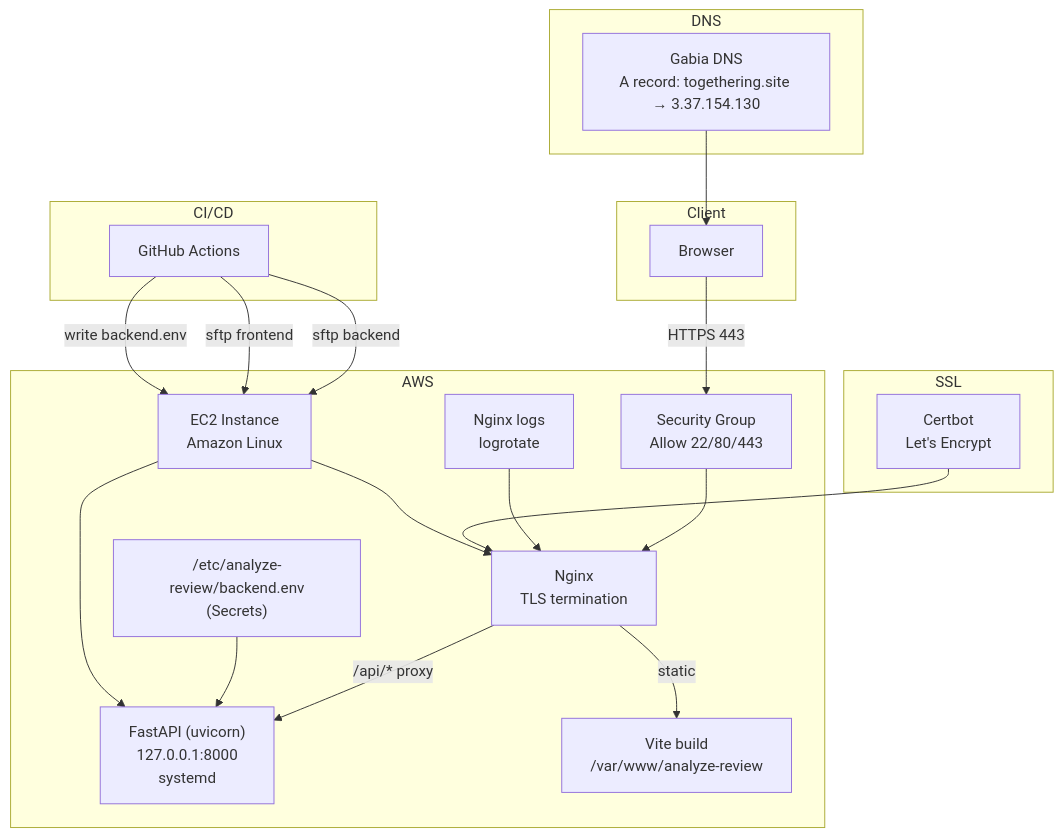
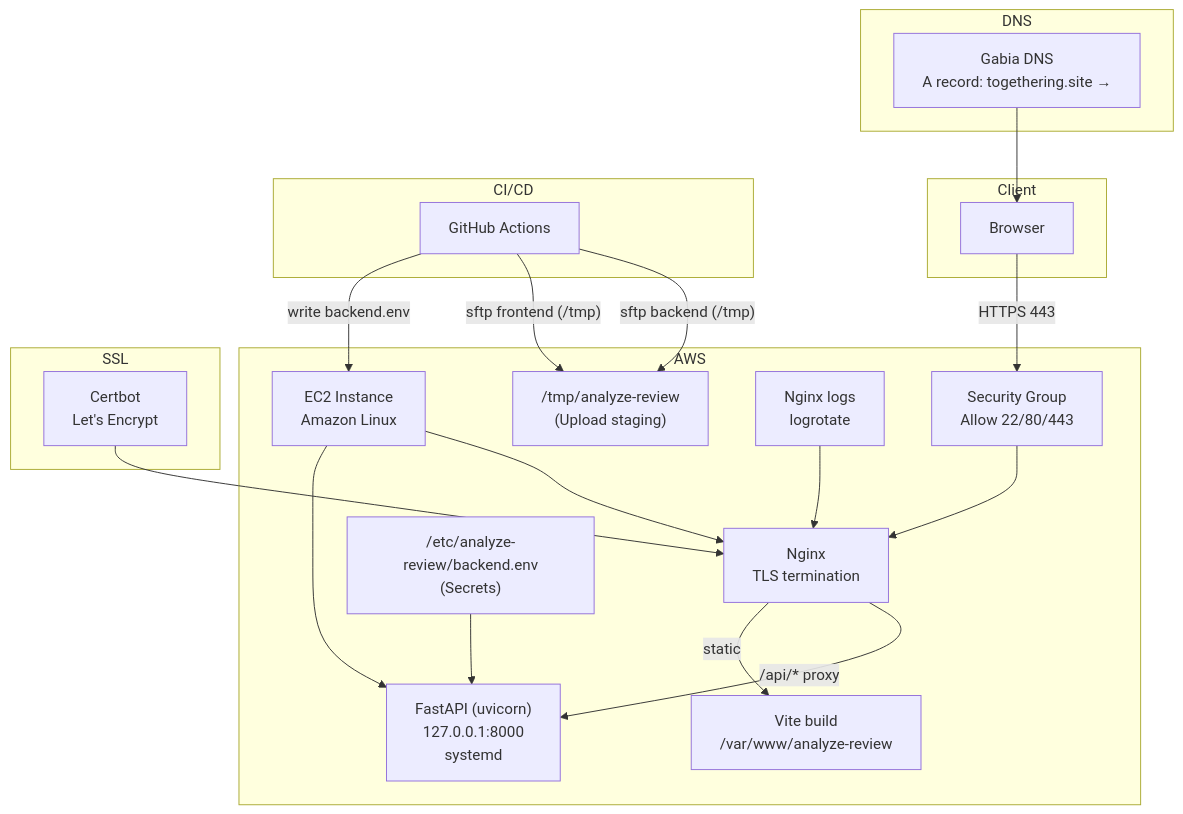
One commit to heeoneie/analyze-review changed the diagram in infra/README.md. Above: the diagram before and after it, drawn with Mermaid. The commit also changed other lines of this file and 3 other files, not shown here.

Commit message:
Fix SFTP deploy staging and redact IP in docs

````diff
--- a/infra/README.md
+++ b/infra/README.md
@@ -111,41 +111,42 @@
 ```mermaid
 flowchart TB
   subgraph DNS[DNS]
-    gabia["Gabia DNS\nA record: togethering.site → 3.37.154.130"]
+    gabia["Gabia DNS\nA record: togethering.site → <EC2_PUBLIC_IP>"]
   end
 
   subgraph Client[Client]
     browser["Browser"]
   end
 
   subgraph AWS[AWS]
     sg["Security Group\nAllow 22/80/443"]
     ec2["EC2 Instance\nAmazon Linux"]
     nginx["Nginx\nTLS termination"]
     backend["FastAPI (uvicorn)\n127.0.0.1:8000\nsystemd"]
     frontend["Vite build\n/var/www/analyze-review"]
     envfile["/etc/analyze-review/backend.env\n(Secrets)"]
     logs["Nginx logs\nlogrotate"]
+    tmpdir["/tmp/analyze-review\n(Upload staging)"]
   end
 
   subgraph CI[CI/CD]
     github["GitHub Actions"]
   end
 
   subgraph SSL[SSL]
     certbot["Certbot\nLet's Encrypt"]
   end
 
   gabia --> browser
   browser -->|HTTPS 443| sg --> nginx
   nginx -->|/api/* proxy| backend
   nginx -->|static| frontend
   envfile --> backend
   logs --> nginx
   certbot --> nginx
-  github -->|sftp backend| ec2
-  github -->|sftp frontend| ec2
+  github -->|"sftp backend (/tmp)"| tmpdir
+  github -->|"sftp frontend (/tmp)"| tmpdir
   github -->|write backend.env| ec2
   ec2 --> nginx
   ec2 --> backend
 ```
````
